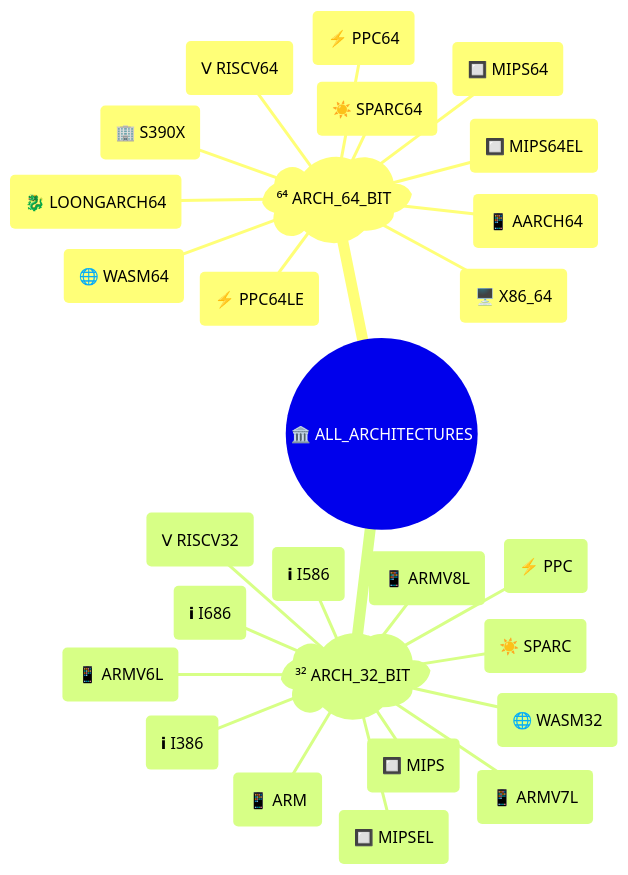
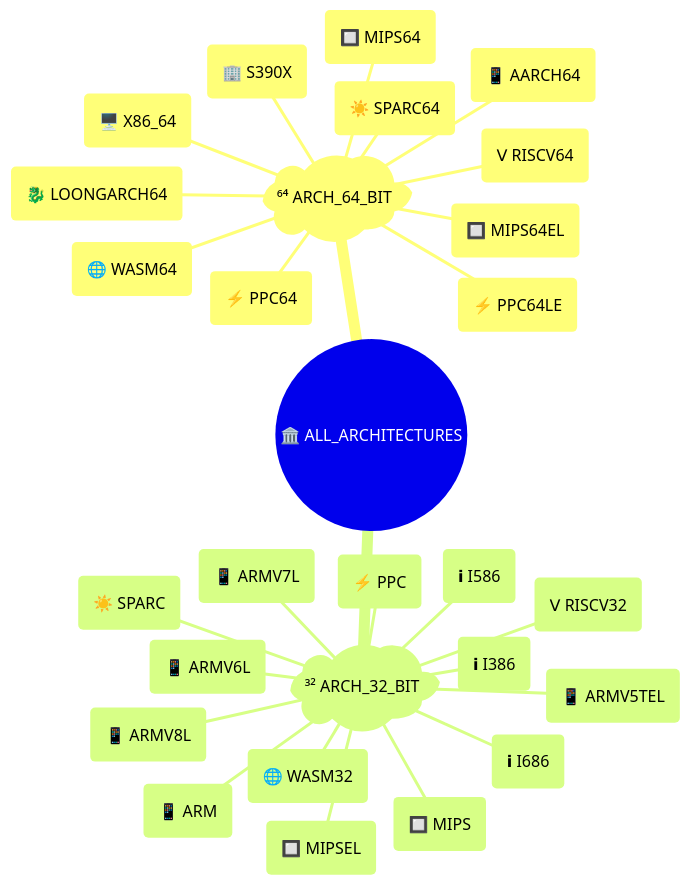
One commit to kdeldycke/extra-platforms changed the fourth of 4 diagrams in docs/architectures.md. Above: the diagram before and after it, drawn with Mermaid. The commit also changed other lines of this file and 7 other files, not shown here.

````diff
--- a/docs/architectures.md
+++ b/docs/architectures.md
@@ -253,33 +257,34 @@
 ```mermaid
 ---
 config: {"mindmap": {"padding": 5}}
 ---
 mindmap
     ((🏛️ ALL_ARCHITECTURES))
         )⁶⁴ ARCH_64_BIT(
             (📱 AARCH64)
             (🐉 LOONGARCH64)
             (🔲 MIPS64)
             (🔲 MIPS64EL)
             (⚡ PPC64)
             (⚡ PPC64LE)
             (Ⅴ RISCV64)
             (🏢 S390X)
             (☀️ SPARC64)
             (🌐 WASM64)
             (🖥️ X86_64)
         )³² ARCH_32_BIT(
             (📱 ARM)
+            (📱 ARMV5TEL)
             (📱 ARMV6L)
             (📱 ARMV7L)
             (📱 ARMV8L)
             (𝗶 I386)
             (𝗶 I586)
             (𝗶 I686)
             (🔲 MIPS)
             (🔲 MIPSEL)
             (⚡ PPC)
             (Ⅴ RISCV32)
             (☀️ SPARC)
             (🌐 WASM32)
 ```
````
